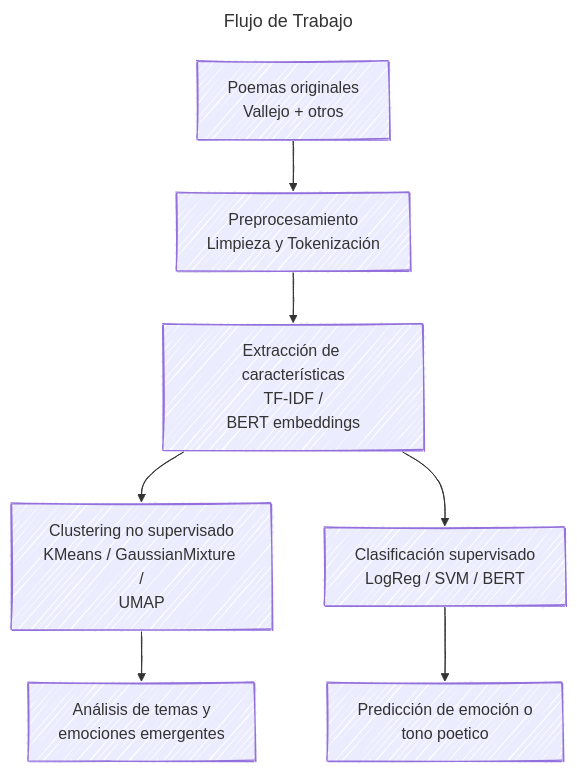
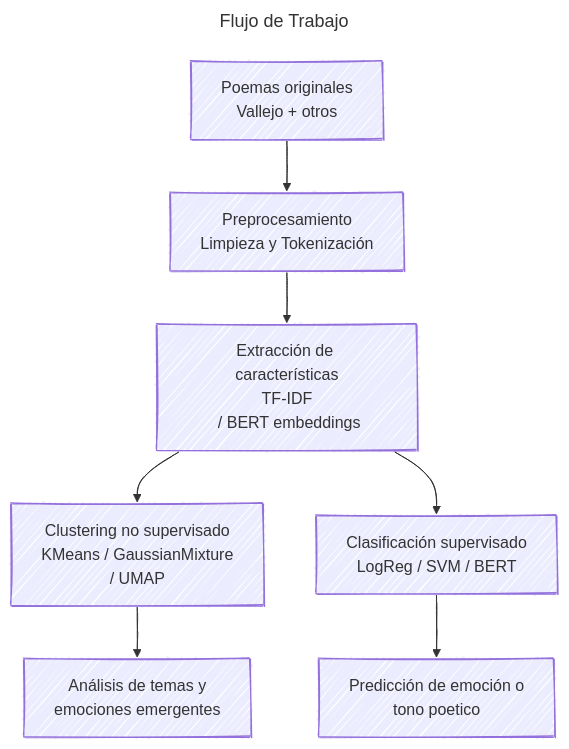
Before and after one commit to HubertRonald/VersoVector: the diagram in README.md, drawn with Mermaid. The commit also changed other lines of this file, not shown here.

Commit message:
fix style css

````diff
--- a/README.md
+++ b/README.md
@@ -55,20 +57,20 @@
 ```mermaid
 ---
 title: Flujo de Trabajo
 ---
 %%{init: {
     'look':'handDrawn',
     'theme':'default',
     'flowchart': {
       'layoutDirection': "TD"
     }
   }
 }%%
 flowchart
     A[Poemas originales<br>Vallejo + otros] --> B[Preprocesamiento<br>Limpieza y Tokenización]
-    B --> C[Extracción de características<br>TF-IDF /<br>BERT embeddings]
-    C --> D1[Clustering no supervisado<br>KMeans / GaussianMixture /<br>UMAP]
+    B --> C[Extracción de características<br>TF-IDF<br> / BERT embeddings]
+    C --> D1[Clustering no supervisado<br>KMeans / GaussianMixture<br>/ UMAP]
     C --> D2[Clasificación supervisado<br>LogReg / SVM / BERT]
     D1 --> E1[Análisis de temas y<br>emociones emergentes]
     D2 --> E2[Predicción de emoción o<br>tono poetico]
 ```
````
